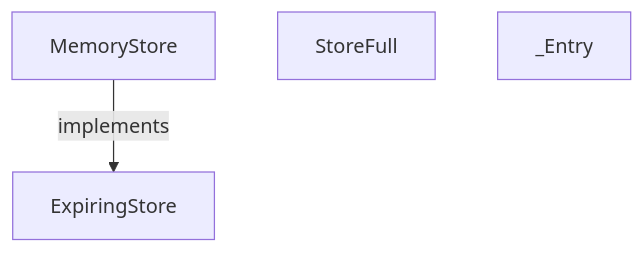
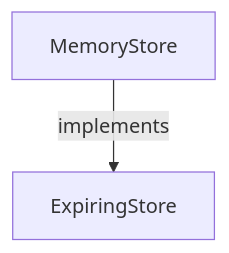
The first of 5 diagrams in docs/examples/oidc-login/dependencies/packages/@git/url_0eb7c89453c87681ed15/0.0.0-git.a39fc582565d4fca40be4f75fa304d71adc69301/store-diagrams.md (GreenPandaStudios/augscript), drawn with Mermaid before and after one commit. The commit also changed other lines of this file and 304 other files, not shown here.

Commit message:
Make generated data-flow sequences concise and review every diagram

````diff
--- a/docs/examples/oidc-login/dependencies/packages/@git/url_0eb7c89453c87681ed15/0.0.0-git.a39fc582565d4fca40be4f75fa304d71adc69301/store-diagrams.md
+++ b/docs/examples/oidc-login/dependencies/packages/@git/url_0eb7c89453c87681ed15/0.0.0-git.a39fc582565d4fca40be4f75fa304d71adc69301/store-diagrams.md
@@ -19,8 +19,6 @@
 ```mermaid
 flowchart TD
     n0["ExpiringStore"]
     n1["MemoryStore"]
-    n2["StoreFull"]
-    n3["_Entry"]
     n1 -->|"implements"| n0
 ```
````
